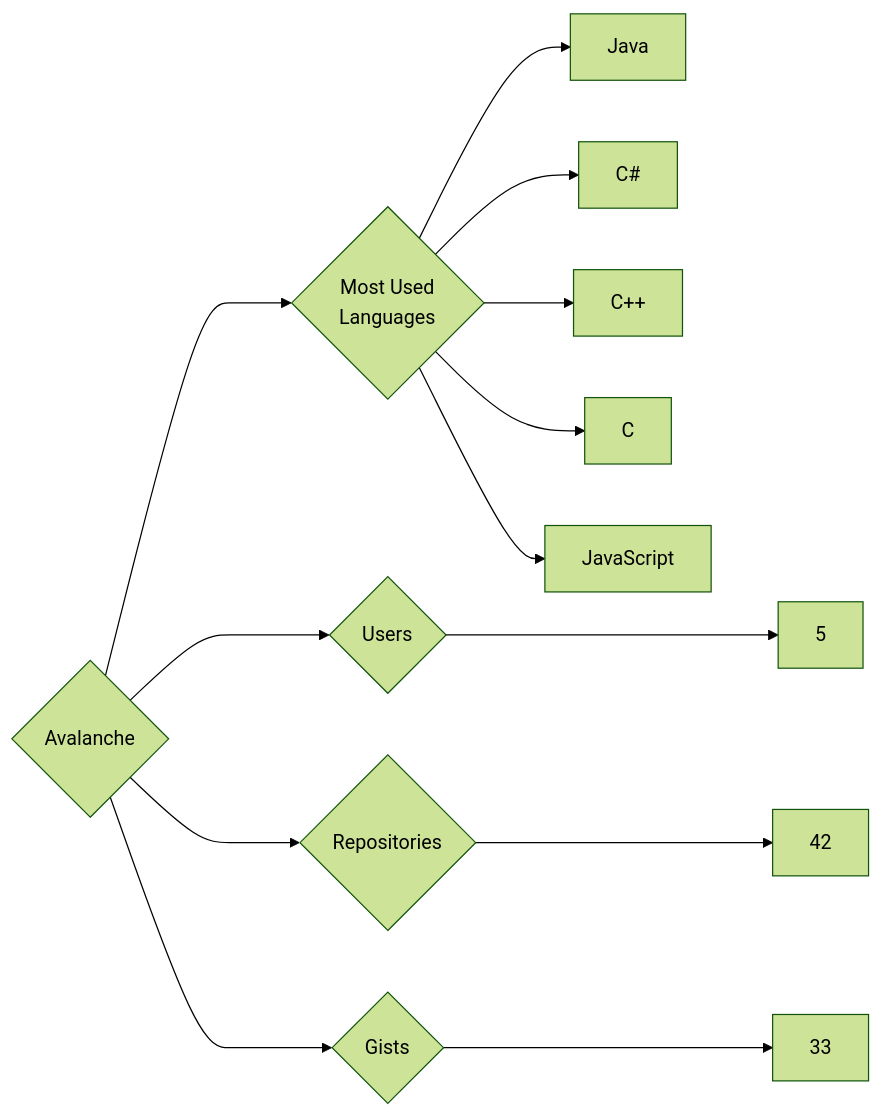
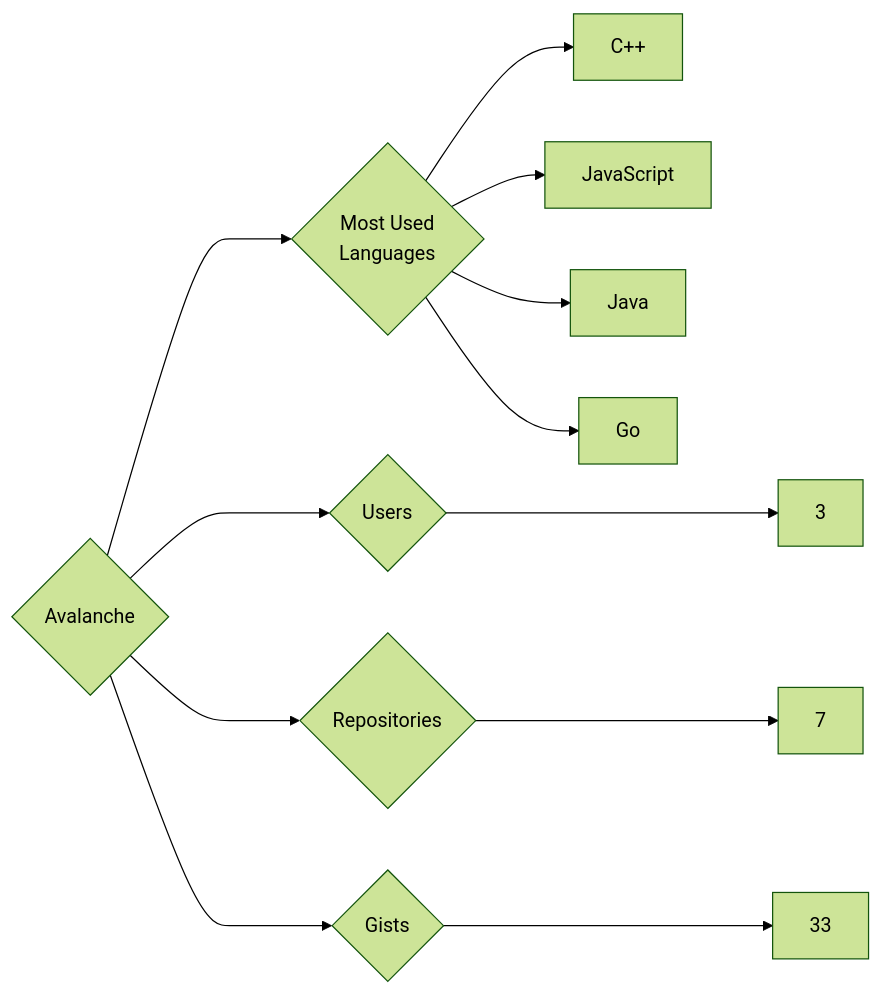
Before and after one commit to trickest/insiders: the diagram in targets/Avalanche/README.md, drawn with Mermaid (forest theme). The commit also changed 873 other files, not shown here.

````diff
--- a/targets/Avalanche/README.md
+++ b/targets/Avalanche/README.md
@@ -3,13 +3,12 @@
 ```mermaid
 graph LR
 COMPANY_NAME{Avalanche}
-COMPANY_NAME ---> U{Users} ---> UN[5]
-COMPANY_NAME ---> R{Repositories} ---> RN[42]
+COMPANY_NAME ---> U{Users} ---> UN[3]
+COMPANY_NAME ---> R{Repositories} ---> RN[7]
 COMPANY_NAME ---> G{Gists} ---> GN[33]
 COMPANY_NAME ---> ML{Most Used<br>Languages}
+ML --> C++[C++]
+ML --> JavaScript[JavaScript]
 ML --> Java[Java]
-ML --> C#[C#]
-ML --> C++[C++]
-ML --> C[C]
-ML --> JavaScript[JavaScript]
+ML --> Go[Go]
 ```
````
